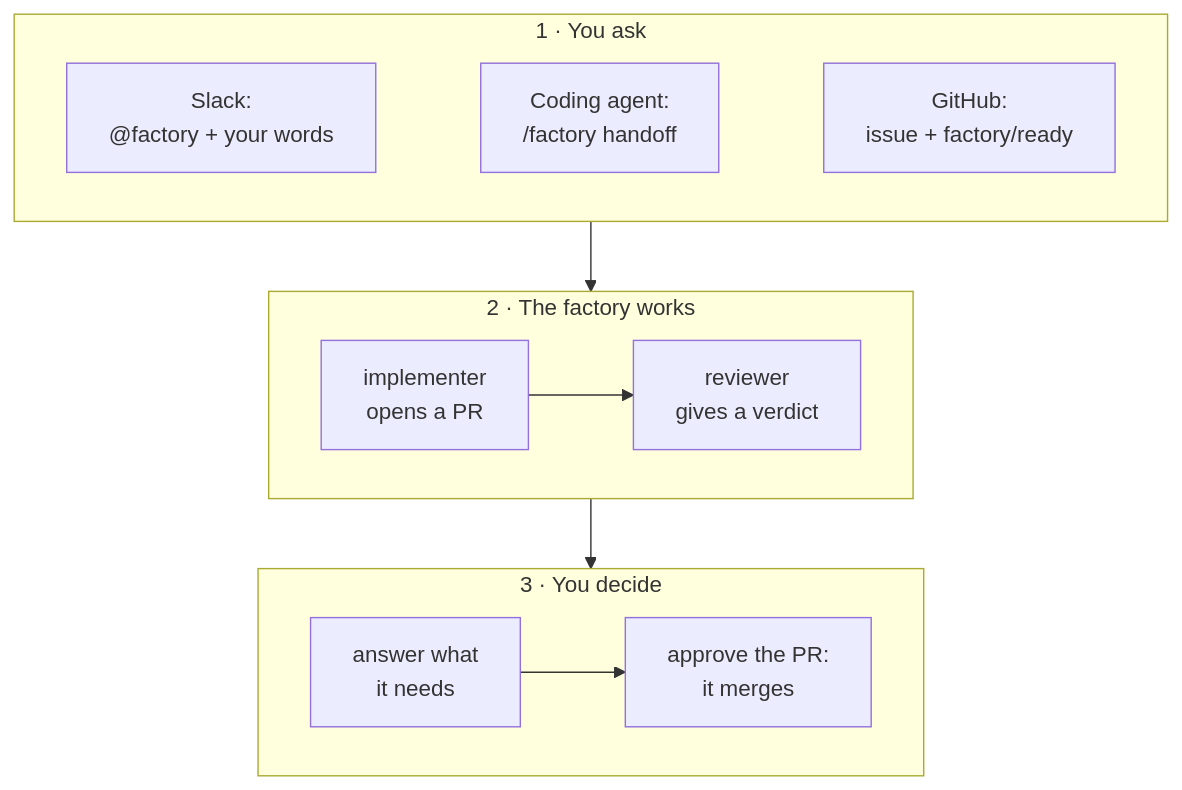
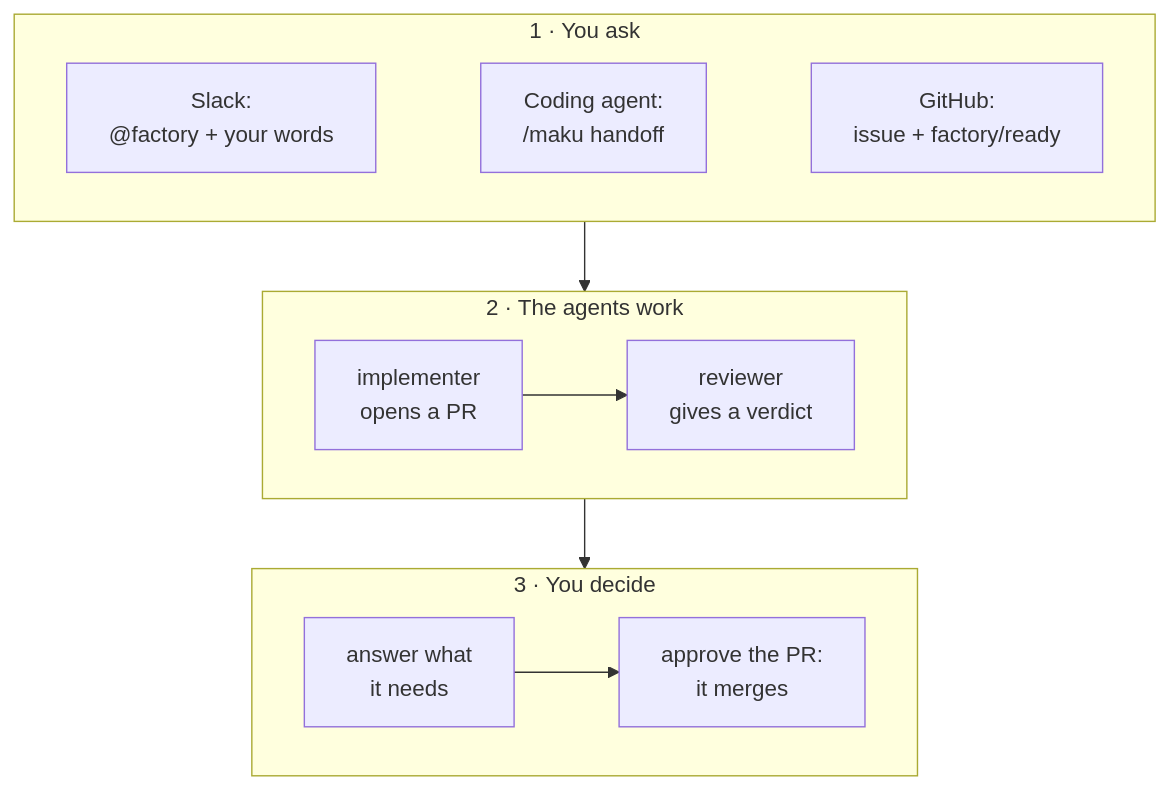
One commit to Smana/ai-native-ref changed the diagram in website/content/docs/use/guide/_index.md. Above: the diagram before and after it, drawn with Mermaid. The commit also changed other lines of this file and 8 other files, not shown here.

Commit message:
docs(site): the six tools, /maku, the Slack end line and stop, retry and answer

````diff
--- a/website/content/docs/use/guide/_index.md
+++ b/website/content/docs/use/guide/_index.md
@@ -17,16 +18,16 @@
 ```mermaid
 flowchart TB
   subgraph ask["1 · You ask"]
     direction LR
-    S["Slack:<br/>@factory + your words"] ~~~ C["Coding agent:<br/>/factory handoff"] ~~~ G["GitHub:<br/>issue + factory/ready"]
+    S["Slack:<br/>@factory + your words"] ~~~ C["Coding agent:<br/>/maku handoff"] ~~~ G["GitHub:<br/>issue + factory/ready"]
   end
-  subgraph work["2 · The factory works"]
+  subgraph work["2 · The agents work"]
     direction LR
     I["implementer<br/>opens a PR"] --> R["reviewer<br/>gives a verdict"]
   end
   subgraph you["3 · You decide"]
     direction LR
     N["answer what<br/>it needs"] --> M["approve the PR:<br/>it merges"]
   end
   ask --> work --> you
 ```
````
